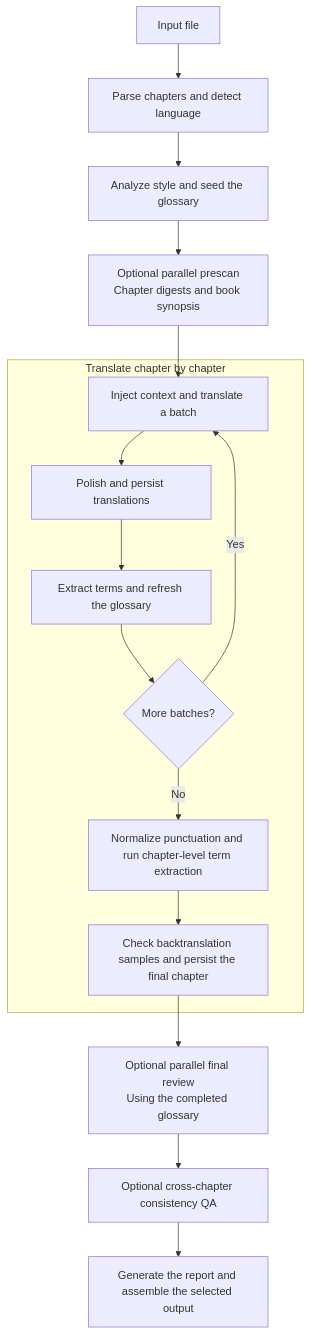
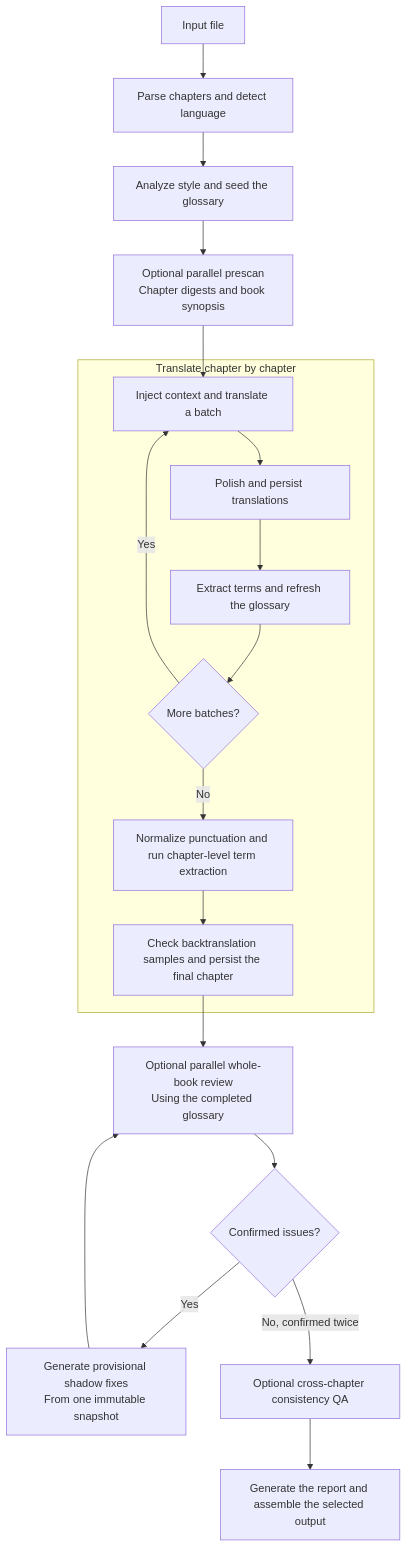
Before and after one commit to BigDawnGhost/wenyi: the diagram in README.md, drawn with Mermaid. The commit also changed other lines of this file and 20 other files, not shown here.

Commit message:
feat: add iterative shadow review workflow

````diff
--- a/README.md
+++ b/README.md
@@ -160,21 +162,24 @@
 ```mermaid
 flowchart TD
     A[Input file] --> B[Parse chapters and detect language]
     B --> C[Analyze style and seed the glossary]
     C --> D[Optional parallel prescan<br/>Chapter digests and book synopsis]
     D --> E
 
     subgraph T[Translate chapter by chapter]
         E[Inject context and translate a batch]
         E --> F[Polish and persist translations]
         F --> G[Extract terms and refresh the glossary]
         G --> H{More batches?}
         H -- Yes --> E
         H -- No --> I[Normalize punctuation and run chapter-level term extraction]
         I --> J[Check backtranslation samples and persist the final chapter]
     end
 
-    J --> K[Optional parallel final review<br/>Using the completed glossary]
-    K --> L[Optional cross-chapter consistency QA]
+    J --> K[Optional parallel whole-book review<br/>Using the completed glossary]
+    K --> N{Confirmed issues?}
+    N -- Yes --> O[Generate provisional shadow fixes<br/>From one immutable snapshot]
+    O --> K
+    N -- No, confirmed twice --> L[Optional cross-chapter consistency QA]
     L --> M[Generate the report and assemble the selected output]
 ```
````
